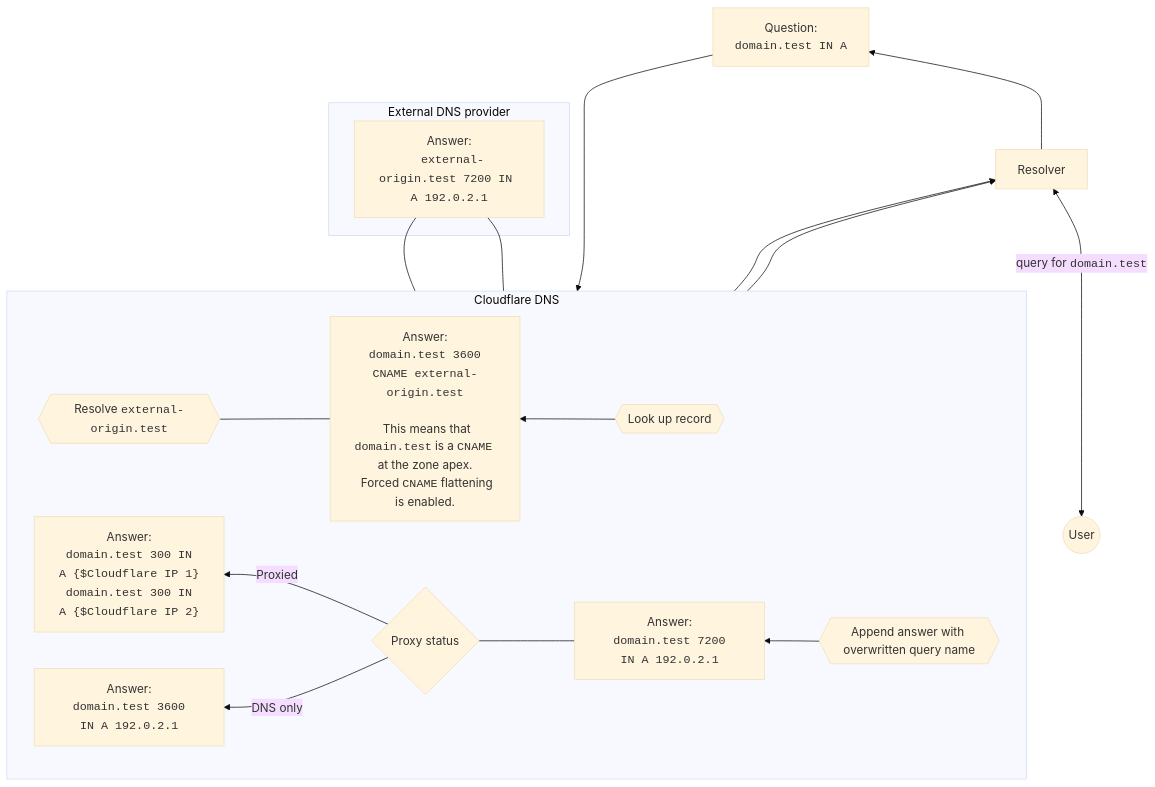
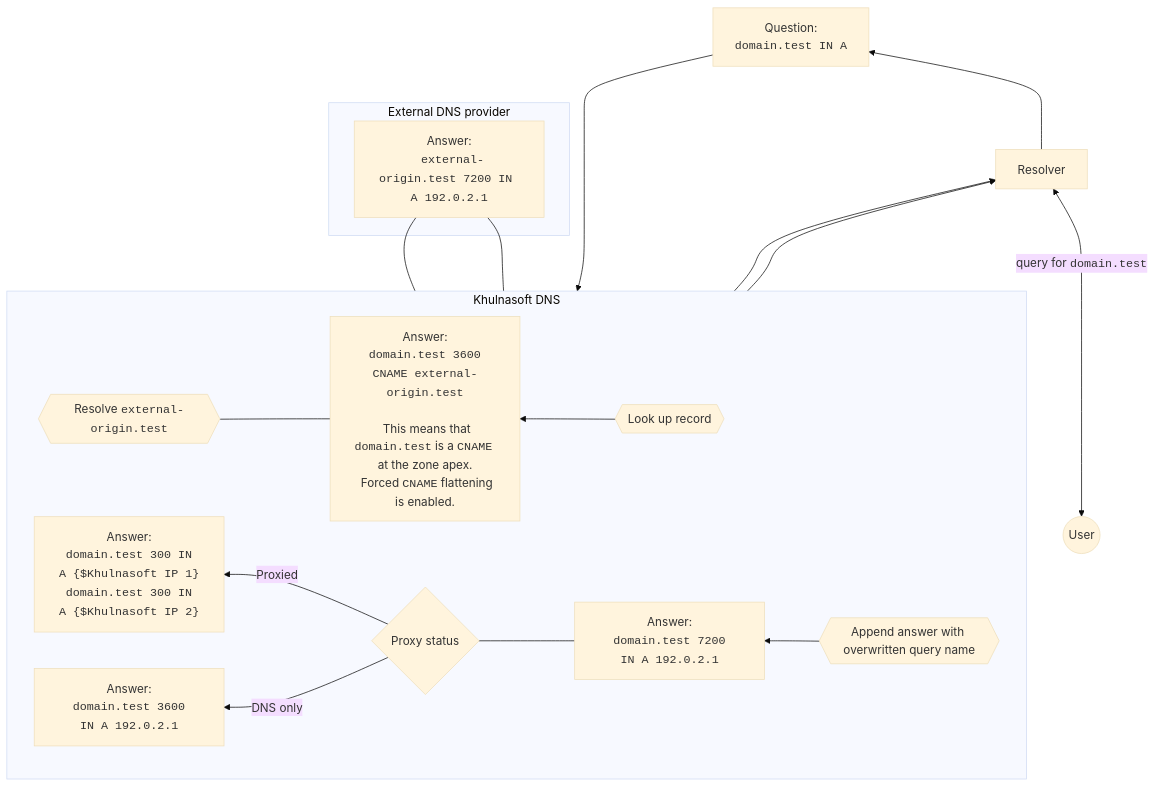
The diagram in content/dns/cname-flattening/cname-flattening-diagram.md (NxPKG/khulnasoft-docs), drawn with Mermaid (base theme) before and after one commit. The commit also changed other lines of this file and 2914 other files, not shown here.

````diff
--- a/content/dns/cname-flattening/cname-flattening-diagram.md
+++ b/content/dns/cname-flattening/cname-flattening-diagram.md
@@ -42,33 +42,33 @@
 ```mermaid
 flowchart BT
 accTitle: CNAME flattening diagram
-accDescr: Diagram of CNAME flattening process when there is a request for a domain in Cloudflare and the zone has a CNAME record at apex that points to an external A record.
+accDescr: Diagram of CNAME flattening process when there is a request for a domain in Khulnasoft and the zone has a CNAME record at apex that points to an external A record.
   A((User)) <--query for <code>domain.test</code>--> B[Resolver] --> C
   C["Question: 
   <code>domain.test IN A</code>"]
- subgraph Y[Cloudflare DNS]
+ subgraph Y[Khulnasoft DNS]
  direction RL
   D{{Look up record}} --> G["Answer:
   <code>domain.test 3600 CNAME external-origin.test</code>
 
   This means that <code>domain.test</code> is a <code>CNAME</code> at the zone apex.
   Forced <code>CNAME</code> flattening is enabled."] --- H{{Resolve <code>external-origin.test</code>}}
   K{{Append answer with overwritten query name}} --> L["Answer:
   <code>domain.test 7200 IN A 192.0.2.1</code>"] --- M{Proxy status}
   M --Proxied--> O["Answer:
-  <code>domain.test 300 IN A {$Cloudflare IP 1}</code>
-  <code>domain.test 300 IN A {$Cloudflare IP 2}</code>"]
+  <code>domain.test 300 IN A {$Khulnasoft IP 1}</code>
+  <code>domain.test 300 IN A {$Khulnasoft IP 2}</code>"]
   M --DNS only--> N["Answer:
   <code>domain.test 3600 IN A 192.0.2.1</code>"]
  end
  
  subgraph Z [External DNS provider]
   J["Answer:
   <code>external-origin.test 7200 IN A 192.0.2.1</code>"]
  end
  
  C --> D
  H --- J --- K
  O --> B
  N --> B
 ```
````
